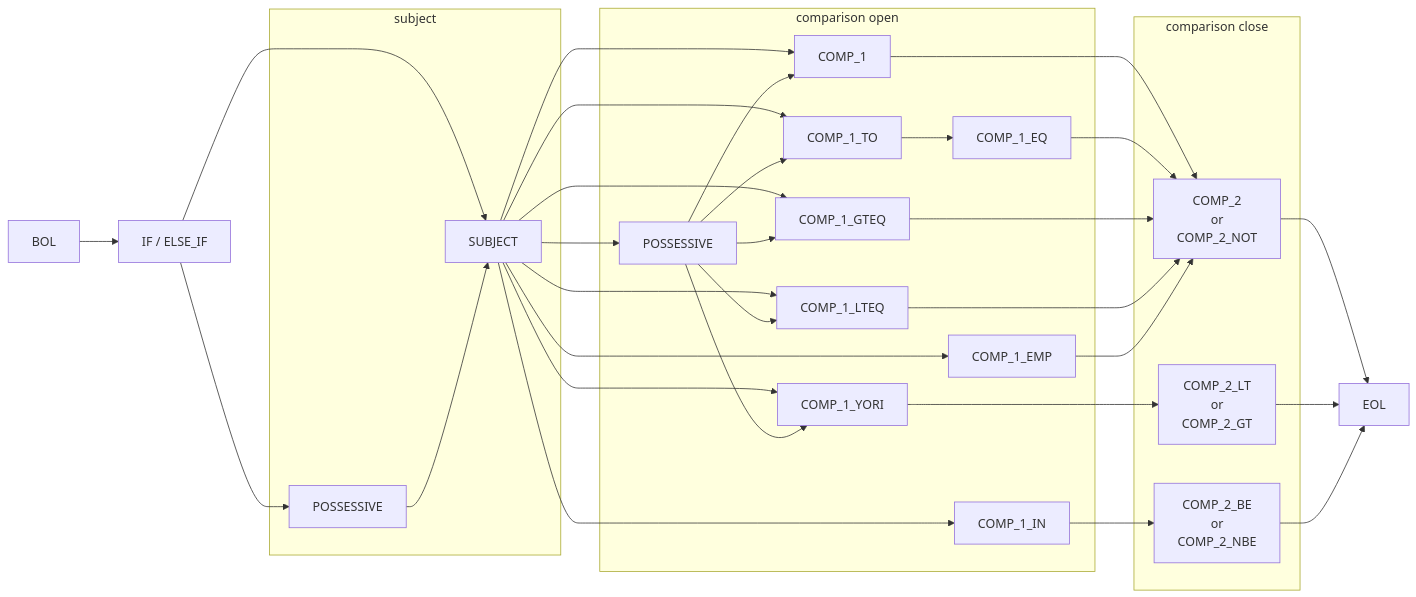
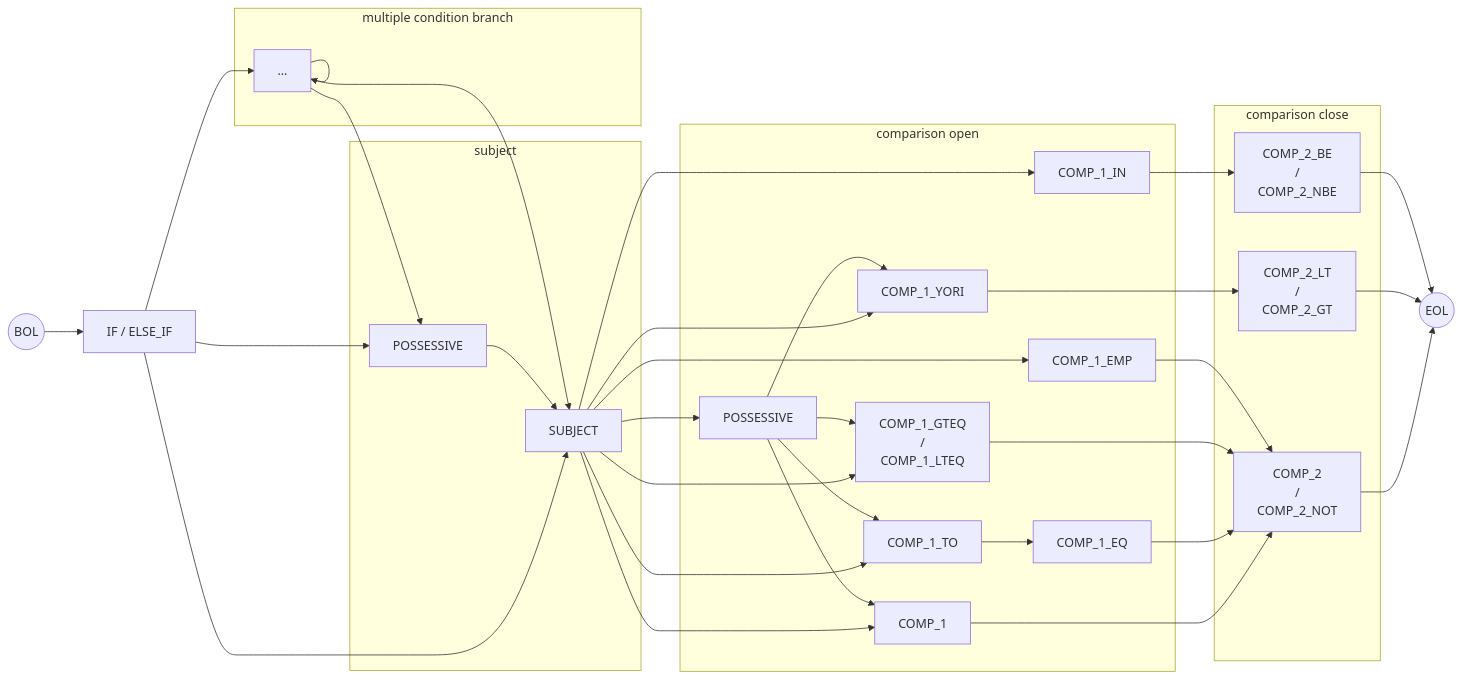
Before and after one commit to rewhowe/snapdragon: the ninth of 15 diagrams in documentation/nfsm.md, drawn with Mermaid. The commit also changed other lines of this file and 16 other files, not shown here.

````diff
--- a/documentation/nfsm.md
+++ b/documentation/nfsm.md
@@ -190,55 +240,61 @@
 ```mermaid
 graph LR
-  BOL --> IF[IF / ELSE_IF]
+  BOL((BOL)) --> IF[IF / ELSE_IF]
 
+  IF --> mcb["..."]
   IF --> SUBJECT
   IF --> POSSESSIVE_1[POSSESSIVE]
+
+  mcb --> mcb
+  mcb --> SUBJECT
+  mcb --> POSSESSIVE_1
 
   SUBJECT --> COMP_1
   SUBJECT --> COMP_1_TO
   SUBJECT --> COMP_1_YORI
-  SUBJECT --> COMP_1_GTEQ
-  SUBJECT --> COMP_1_LTEQ
+  SUBJECT --> COMP_1_LTEQGTEQ["COMP_1_GTEQ<br>/<br>COMP_1_LTEQ"]
   SUBJECT --> POSSESSIVE_2[POSSESSIVE]
   SUBJECT --> COMP_1_EMP
   SUBJECT --> COMP_1_IN
 
-  COMP_1 --> COMP_2["COMP_2<br>or<br>COMP_2_NOT"]
+  COMP_1 --> COMP_2["COMP_2<br>/<br>COMP_2_NOT"]
 
   COMP_1_TO --> COMP_1_EQ
   COMP_1_EQ --> COMP_2
 
-  COMP_1_GTEQ --> COMP_2
-  COMP_1_LTEQ --> COMP_2
+  COMP_1_LTEQGTEQ --> COMP_2
 
-  COMP_1_YORI --> COMP_2_LTGT["COMP_2_LT<br>or<br>COMP_2_GT"]
+  COMP_1_YORI --> COMP_2_LTGT["COMP_2_LT<br>/<br>COMP_2_GT"]
 
   COMP_1_EMP --> COMP_2
 
-  COMP_1_IN --> COMP_2_BENBE["COMP_2_BE<br>or<br>COMP_2_NBE"]
+  COMP_1_IN --> COMP_2_BENBE["COMP_2_BE<br>/<br>COMP_2_NBE"]
 
-  COMP_2 --> EOL
+  COMP_2 --> EOL((EOL))
   COMP_2_LTGT --> EOL
   COMP_2_BENBE --> EOL
 
   subgraph subject
     POSSESSIVE_1 --> SUBJECT
   end
 
+  subgraph multiple condition branch
+    mcb
+  end
+
   subgraph comparison open
     POSSESSIVE_2 --> COMP_1
     POSSESSIVE_2 --> COMP_1_TO
     POSSESSIVE_2 --> COMP_1_YORI
-    POSSESSIVE_2 --> COMP_1_GTEQ
-    POSSESSIVE_2 --> COMP_1_LTEQ
+    POSSESSIVE_2 --> COMP_1_LTEQGTEQ
     COMP_1_EQ
     COMP_1_EMP
     COMP_1_IN
   end
 
   subgraph comparison close
     COMP_2
     COMP_2_LTGT
     COMP_2_BENBE
   end
 ```
````
